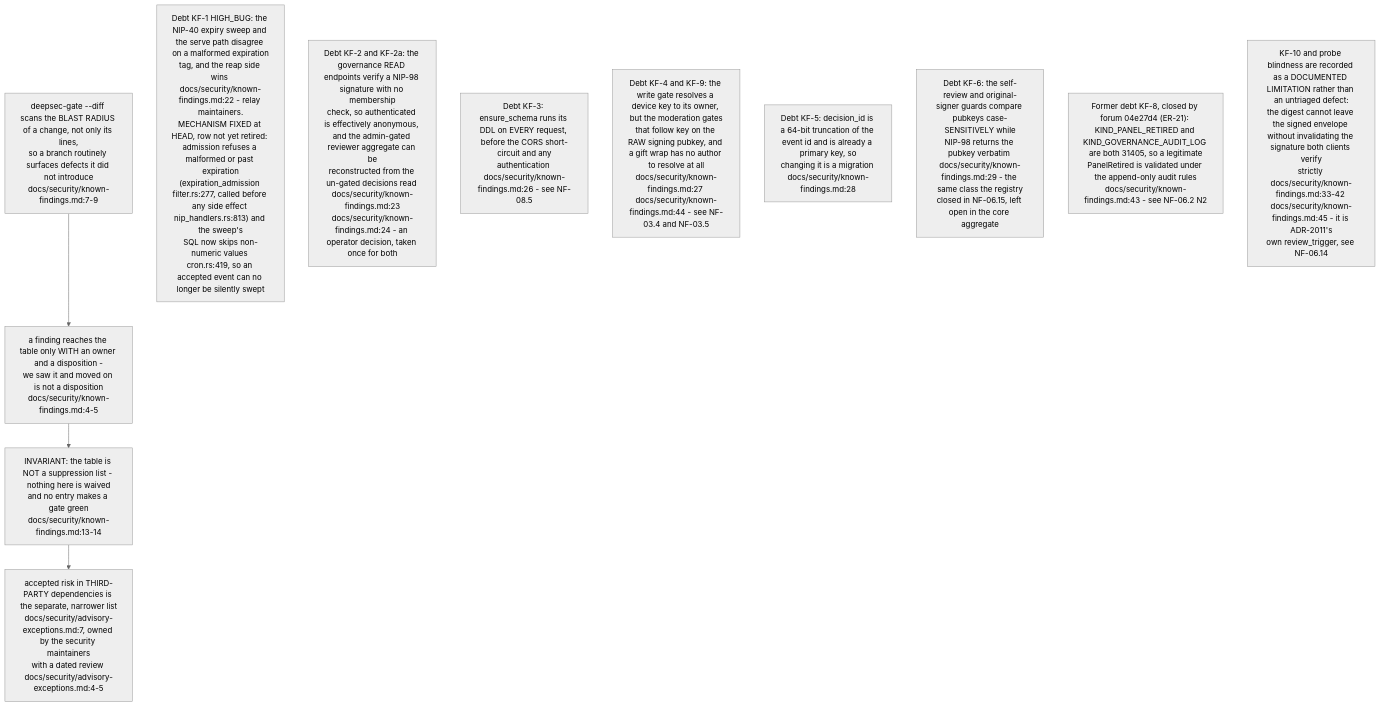
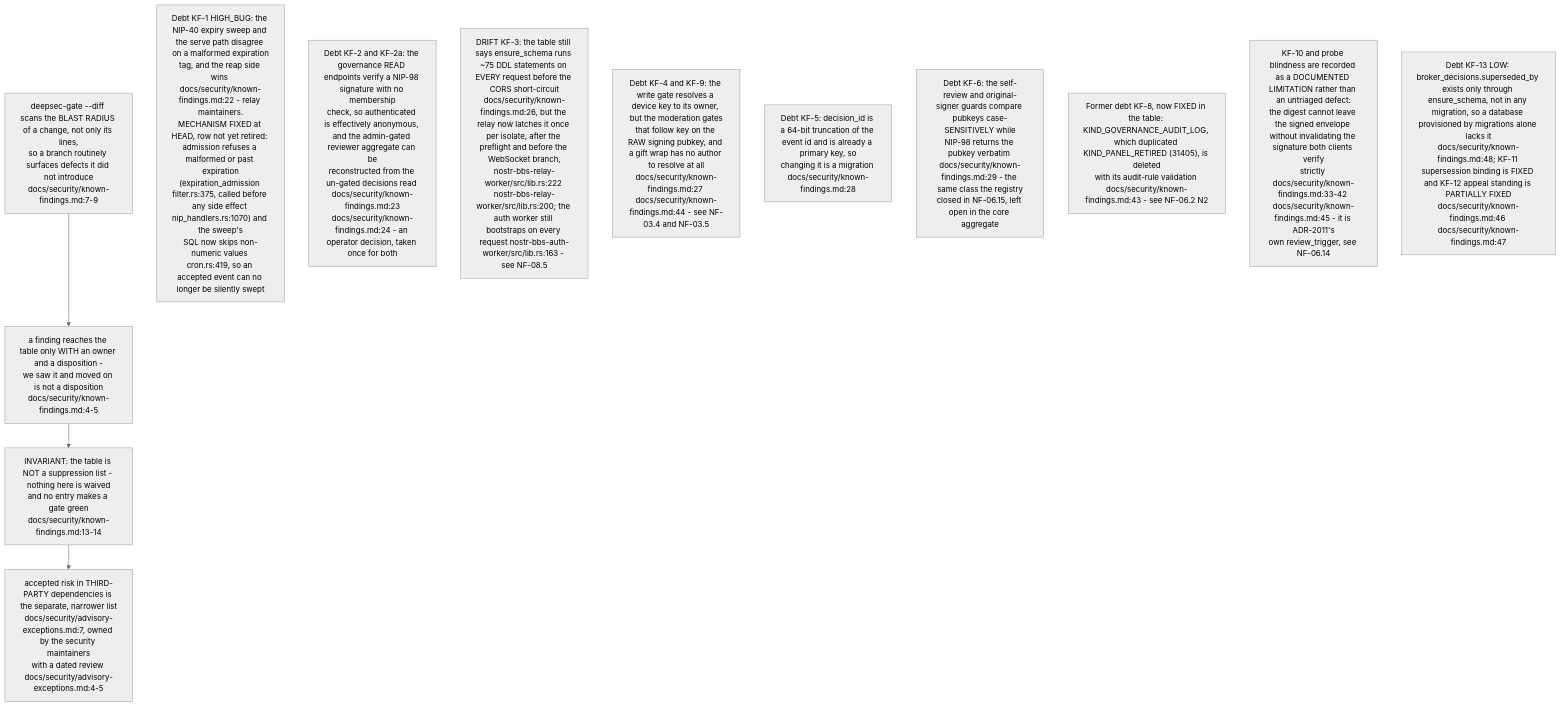
Before and after one commit to DreamLab-AI/VisionFlow: the ninth of 10 diagrams in docs/diagrams/nostr-rust-forum/10-invariants-and-anomaly-register.md, drawn with Mermaid (neutral theme). The commit also changed other lines of this file and 160 other files, not shown here.

````diff
--- a/docs/diagrams/nostr-rust-forum/10-invariants-and-anomaly-register.md
+++ b/docs/diagrams/nostr-rust-forum/10-invariants-and-anomaly-register.md
@@ -192,18 +197,19 @@
 ```mermaid
 flowchart TB
     GATE["deepsec-gate --diff scans the BLAST RADIUS of a change, not only its lines,<br/>so a branch routinely surfaces defects it did not introduce<br/>docs/security/known-findings.md:7-9"]
     RULE["a finding reaches the table only WITH an owner and a disposition -<br/>we saw it and moved on is not a disposition<br/>docs/security/known-findings.md:4-5"]
     NOTSUP["INVARIANT: the table is NOT a suppression list - nothing here is waived<br/>and no entry makes a gate green<br/>docs/security/known-findings.md:13-14"]
     SEP["accepted risk in THIRD-PARTY dependencies is the separate, narrower list<br/>docs/security/advisory-exceptions.md:7, owned by the security maintainers<br/>with a dated review docs/security/advisory-exceptions.md:4-5"]
 
     GATE --> RULE --> NOTSUP --> SEP
 
-    N1["Debt KF-1 HIGH_BUG: the NIP-40 expiry sweep and the serve path disagree on a malformed expiration<br/>tag, and the reap side wins docs/security/known-findings.md:22 - relay maintainers.<br/>MECHANISM FIXED at HEAD, row not yet retired: admission refuses a malformed or past expiration<br/>(expiration_admission filter.rs:277, called before any side effect nip_handlers.rs:813) and the sweep's<br/>SQL now skips non-numeric values cron.rs:419, so an accepted event can no longer be silently swept"]
+    N1["Debt KF-1 HIGH_BUG: the NIP-40 expiry sweep and the serve path disagree on a malformed expiration<br/>tag, and the reap side wins docs/security/known-findings.md:22 - relay maintainers.<br/>MECHANISM FIXED at HEAD, row not yet retired: admission refuses a malformed or past expiration<br/>(expiration_admission filter.rs:375, called before any side effect nip_handlers.rs:1070) and the sweep's<br/>SQL now skips non-numeric values cron.rs:419, so an accepted event can no longer be silently swept"]
     N2["Debt KF-2 and KF-2a: the governance READ endpoints verify a NIP-98 signature with no membership<br/>check, so authenticated is effectively anonymous, and the admin-gated reviewer aggregate can be<br/>reconstructed from the un-gated decisions read docs/security/known-findings.md:23<br/>docs/security/known-findings.md:24 - an operator decision, taken once for both"]
-    N3["Debt KF-3: ensure_schema runs its DDL on EVERY request, before the CORS short-circuit and any<br/>authentication docs/security/known-findings.md:26 - see NF-08.5"]
+    N3["DRIFT KF-3: the table still says ensure_schema runs ~75 DDL statements on EVERY request before the CORS short-circuit<br/>docs/security/known-findings.md:26, but the relay now latches it once per isolate, after the preflight and before the WebSocket branch,<br/>nostr-bbs-relay-worker/src/lib.rs:222 nostr-bbs-relay-worker/src/lib.rs:200; the auth worker still bootstraps on every request nostr-bbs-auth-worker/src/lib.rs:163 - see NF-08.5"]
     N4["Debt KF-4 and KF-9: the write gate resolves a device key to its owner, but the moderation gates<br/>that follow key on the RAW signing pubkey, and a gift wrap has no author to resolve at all<br/>docs/security/known-findings.md:27 docs/security/known-findings.md:44 - see NF-03.4 and NF-03.5"]
     N5["Debt KF-5: decision_id is a 64-bit truncation of the event id and is already a primary key, so<br/>changing it is a migration docs/security/known-findings.md:28"]
     N6["Debt KF-6: the self-review and original-signer guards compare pubkeys case-SENSITIVELY while<br/>NIP-98 returns the pubkey verbatim docs/security/known-findings.md:29 - the same class the registry<br/>closed in NF-06.15, left open in the core aggregate"]
-    N7["Former debt KF-8, closed by forum 04e27d4 (ER-21): KIND_PANEL_RETIRED and KIND_GOVERNANCE_AUDIT_LOG are both 31405, so a legitimate<br/>PanelRetired is validated under the append-only audit rules<br/>docs/security/known-findings.md:43 - see NF-06.2 N2"]
+    N7["Former debt KF-8, now FIXED in the table: KIND_GOVERNANCE_AUDIT_LOG, which duplicated KIND_PANEL_RETIRED (31405), is deleted<br/>with its audit-rule validation docs/security/known-findings.md:43 - see NF-06.2 N2"]
     N8["KF-10 and probe blindness are recorded as a DOCUMENTED LIMITATION rather than an untriaged defect:<br/>the digest cannot leave the signed envelope without invalidating the signature both clients verify<br/>strictly docs/security/known-findings.md:33-42 docs/security/known-findings.md:45 - it is ADR-2011's<br/>own review_trigger, see NF-06.14"]
+    N9["Debt KF-13 LOW: broker_decisions.superseded_by exists only through ensure_schema, not in any migration, so a database provisioned by migrations alone lacks it<br/>docs/security/known-findings.md:48; KF-11 supersession binding is FIXED and KF-12 appeal standing is PARTIALLY FIXED<br/>docs/security/known-findings.md:46 docs/security/known-findings.md:47"]
 ```
````
